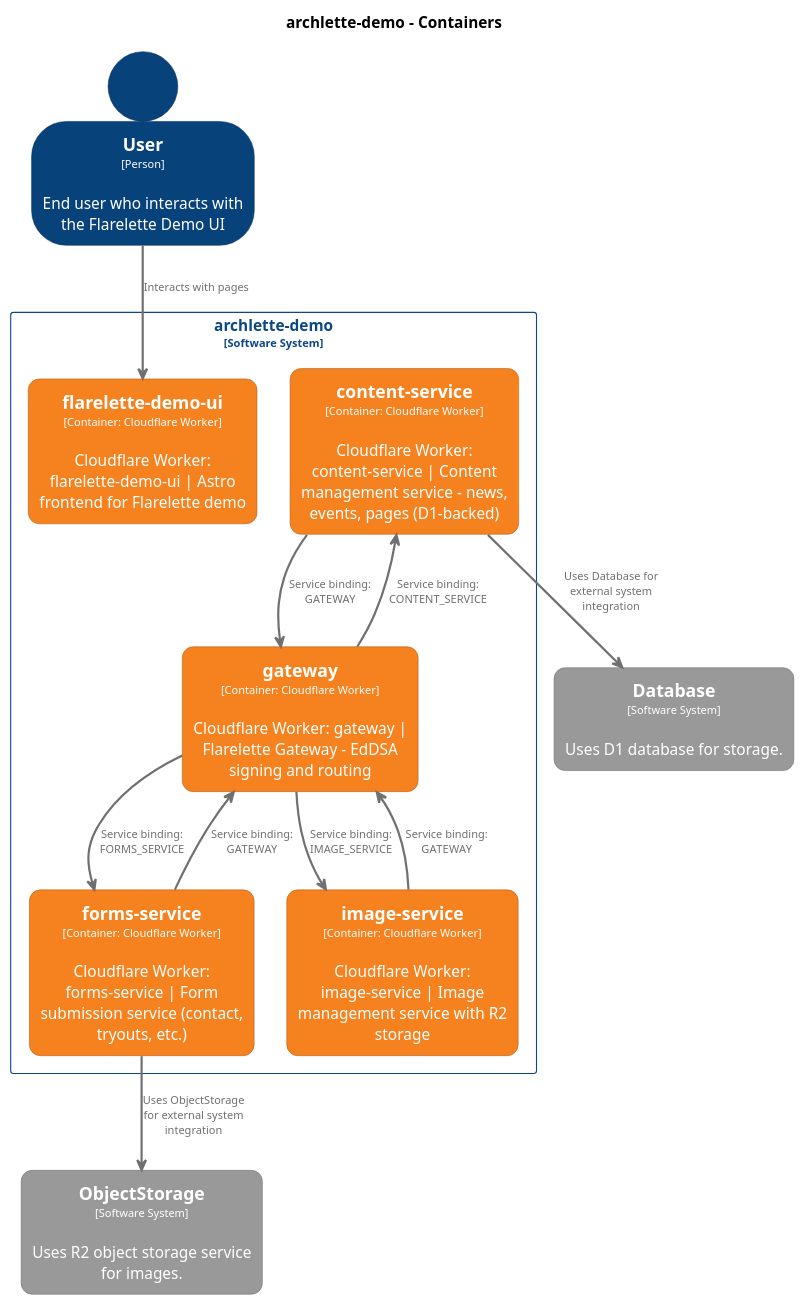
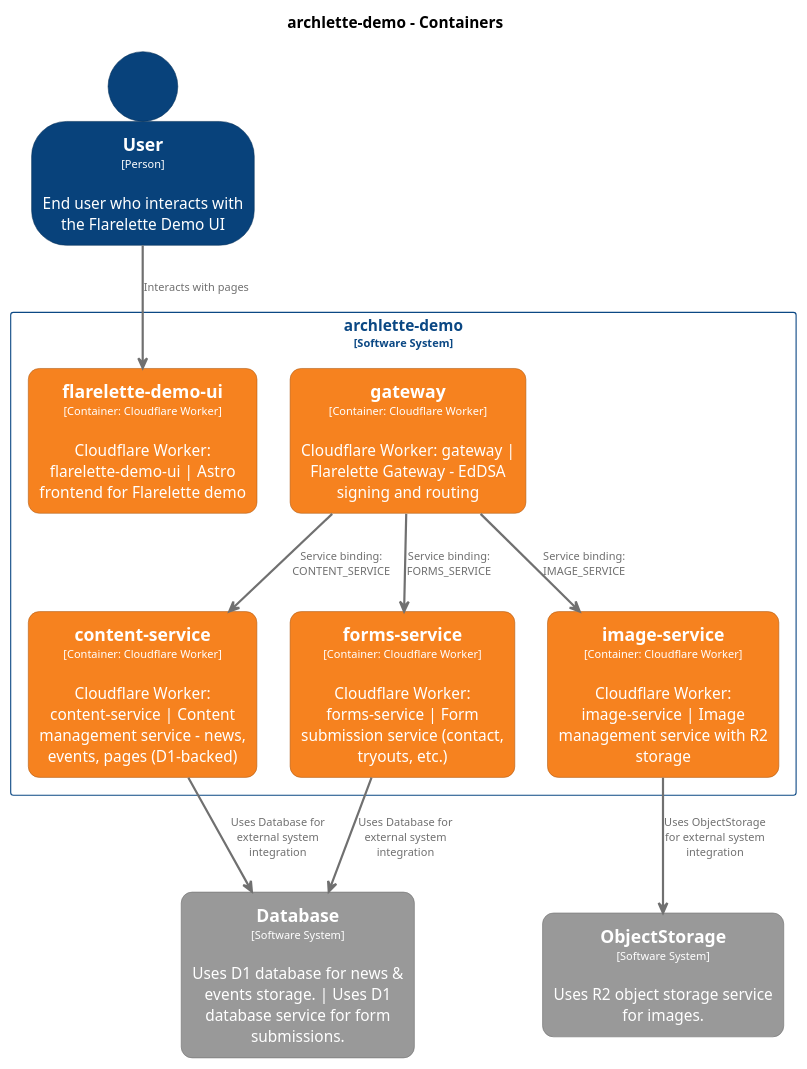
One commit to chrislyons-dev/flarelette-demo changed the diagram in docs/architecture/diagrams/plantuml/structurizr-Containers.puml. Above: the diagram before and after it, drawn with PlantUML. The commit also changed 52 other files, not shown here.

```diff
--- a/docs/architecture/diagrams/plantuml/structurizr-Containers.puml
+++ b/docs/architecture/diagrams/plantuml/structurizr-Containers.puml
@@ -1,101 +1,99 @@
 @startuml
 set separator none
 title archlette-demo - Containers
 
 top to bottom direction
 skinparam ranksep 60
 skinparam nodesep 30
 
 skinparam {
   arrowFontSize 10
   defaultTextAlignment center
   wrapWidth 200
   maxMessageSize 100
   defaultFontName "Arial"
 }
 
 hide stereotype
 
 skinparam rectangle<<Database>> {
   BackgroundColor #999999
   FontColor #ffffff
   BorderColor #6b6b6b
   roundCorner 20
   shadowing false
 }
 skinparam rectangle<<ObjectStorage>> {
   BackgroundColor #999999
   FontColor #ffffff
   BorderColor #6b6b6b
   roundCorner 20
   shadowing false
 }
 skinparam person<<User>> {
   BackgroundColor #08427b
   FontColor #ffffff
   BorderColor #052e56
   shadowing false
 }
 skinparam rectangle<<archlettedemo.contentservice>> {
   BackgroundColor #f6821f
   FontColor #ffffff
   BorderColor #ac5b15
   roundCorner 20
   shadowing false
 }
 skinparam rectangle<<archlettedemo.flarelettedemoui>> {
   BackgroundColor #f6821f
   FontColor #ffffff
   BorderColor #ac5b15
   roundCorner 20
   shadowing false
 }
 skinparam rectangle<<archlettedemo.formsservice>> {
   BackgroundColor #f6821f
   FontColor #ffffff
   BorderColor #ac5b15
   roundCorner 20
   shadowing false
 }
 skinparam rectangle<<archlettedemo.gateway>> {
   BackgroundColor #f6821f
   FontColor #ffffff
   BorderColor #ac5b15
   roundCorner 20
   shadowing false
 }
 skinparam rectangle<<archlettedemo.imageservice>> {
   BackgroundColor #f6821f
   FontColor #ffffff
   BorderColor #ac5b15
   roundCorner 20
   shadowing false
 }
 skinparam rectangle<<archlettedemo>> {
   BorderColor #0b4884
   FontColor #0b4884
   shadowing false
 }
 
 person "==User\n<size:10>[Person]</size>\n\nEnd user who interacts with the Flarelette Demo UI" <<User>> as User
-rectangle "==Database\n<size:10>[Software System]</size>\n\nUses D1 database for storage." <<Database>> as Database
+rectangle "==Database\n<size:10>[Software System]</size>\n\nUses D1 database for news & events storage. | Uses D1 database service for form submissions." <<Database>> as Database
 rectangle "==ObjectStorage\n<size:10>[Software System]</size>\n\nUses R2 object storage service for images." <<ObjectStorage>> as ObjectStorage
 
 rectangle "archlette-demo\n<size:10>[Software System]</size>" <<archlettedemo>> {
   rectangle "==content-service\n<size:10>[Container: Cloudflare Worker]</size>\n\nCloudflare Worker: content-service | Content management service - news, events, pages (D1-backed)" <<archlettedemo.contentservice>> as archlettedemo.contentservice
   rectangle "==forms-service\n<size:10>[Container: Cloudflare Worker]</size>\n\nCloudflare Worker: forms-service | Form submission service (contact, tryouts, etc.)" <<archlettedemo.formsservice>> as archlettedemo.formsservice
   rectangle "==gateway\n<size:10>[Container: Cloudflare Worker]</size>\n\nCloudflare Worker: gateway | Flarelette Gateway - EdDSA signing and routing" <<archlettedemo.gateway>> as archlettedemo.gateway
   rectangle "==image-service\n<size:10>[Container: Cloudflare Worker]</size>\n\nCloudflare Worker: image-service | Image management service with R2 storage" <<archlettedemo.imageservice>> as archlettedemo.imageservice
   rectangle "==flarelette-demo-ui\n<size:10>[Container: Cloudflare Worker]</size>\n\nCloudflare Worker: flarelette-demo-ui | Astro frontend for Flarelette demo" <<archlettedemo.flarelettedemoui>> as archlettedemo.flarelettedemoui
 }
 
-archlettedemo.contentservice -[#707070,thickness=2]-> archlettedemo.gateway : "<color:#707070>Service binding: GATEWAY"
-archlettedemo.formsservice -[#707070,thickness=2]-> archlettedemo.gateway : "<color:#707070>Service binding: GATEWAY"
 archlettedemo.gateway -[#707070,thickness=2]-> archlettedemo.contentservice : "<color:#707070>Service binding: CONTENT_SERVICE"
 archlettedemo.gateway -[#707070,thickness=2]-> archlettedemo.imageservice : "<color:#707070>Service binding: IMAGE_SERVICE"
 archlettedemo.gateway -[#707070,thickness=2]-> archlettedemo.formsservice : "<color:#707070>Service binding: FORMS_SERVICE"
-archlettedemo.imageservice -[#707070,thickness=2]-> archlettedemo.gateway : "<color:#707070>Service binding: GATEWAY"
 User -[#707070,thickness=2]-> archlettedemo.flarelettedemoui : "<color:#707070>Interacts with pages"
 archlettedemo.contentservice -[#707070,thickness=2]-> Database : "<color:#707070>Uses Database for external system integration"
-archlettedemo.formsservice -[#707070,thickness=2]-> ObjectStorage : "<color:#707070>Uses ObjectStorage for external system integration"
+archlettedemo.formsservice -[#707070,thickness=2]-> Database : "<color:#707070>Uses Database for external system integration"
+archlettedemo.imageservice -[#707070,thickness=2]-> ObjectStorage : "<color:#707070>Uses ObjectStorage for external system integration"
 @enduml
```
